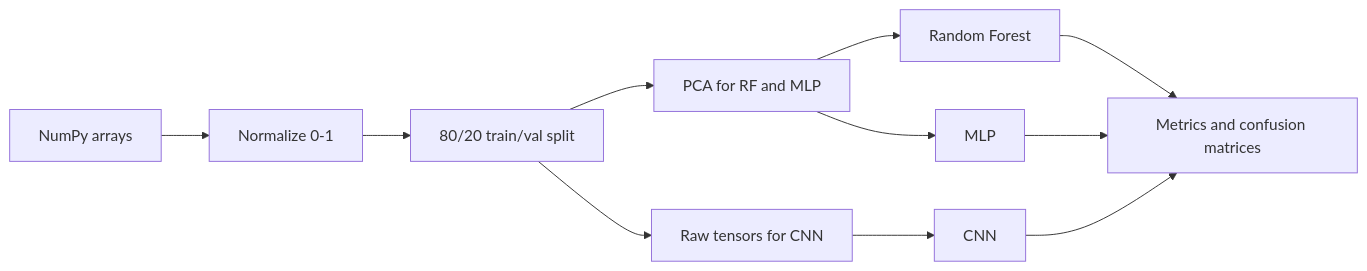
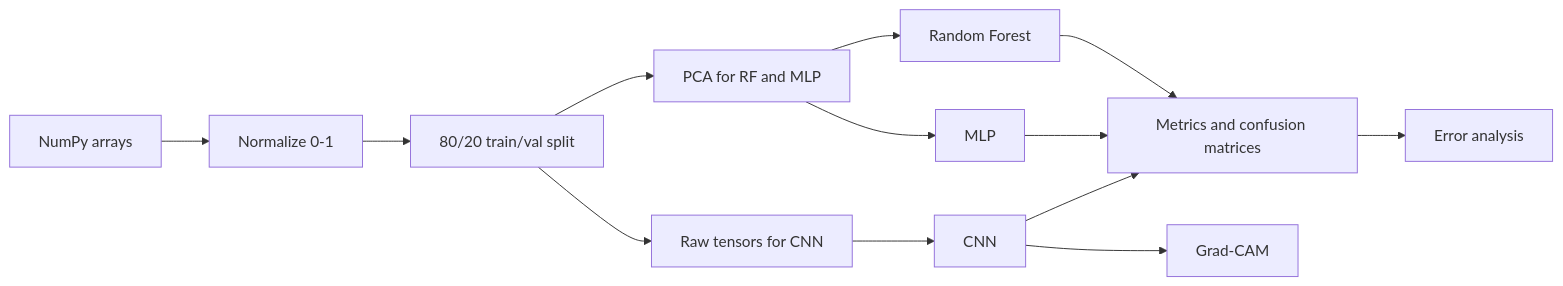
One commit to arhawk/Medical-image-ML-algorithm changed the diagram in docs/SHOWCASE.md. Above: the diagram before and after it, drawn with Mermaid. The commit also changed other lines of this file and 11 other files, not shown here.

First line of the commit message:
Add Grad-CAM and error analysis for portfolio showcase.

````diff
--- a/docs/SHOWCASE.md
+++ b/docs/SHOWCASE.md
@@ -43,13 +46,15 @@
 ```mermaid
 flowchart LR
     Data[NumPy arrays] --> Norm[Normalize 0-1]
     Norm --> Split[80/20 train/val split]
     Split --> PCA[PCA for RF and MLP]
     Split --> CNNPath[Raw tensors for CNN]
     PCA --> RF[Random Forest]
     PCA --> MLP[MLP]
     CNNPath --> CNN[CNN]
     RF --> Eval[Metrics and confusion matrices]
     MLP --> Eval
     CNN --> Eval
+    CNN --> GradCAM[Grad-CAM]
+    Eval --> ErrorAnalysis[Error analysis]
 ```
````
